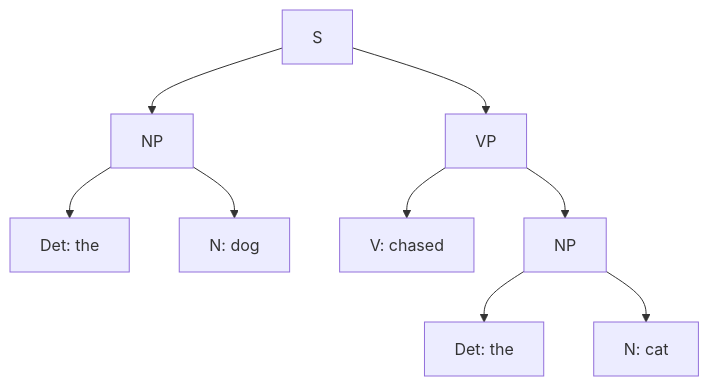
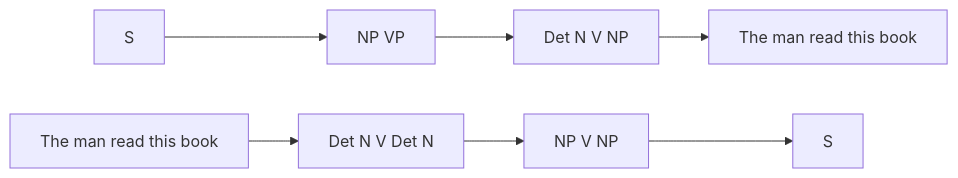
Before and after one commit to TrendySloth1001/sem-seven-notes: the diagram in content/natural-language-processing/pyq/2022-12-ce/q4c.hi.mdx, drawn with Mermaid. The commit also changed other lines of this file and 406 other files, not shown here.

````diff
--- a/content/natural-language-processing/pyq/2022-12-ce/q4c.hi.mdx
+++ b/content/natural-language-processing/pyq/2022-12-ce/q4c.hi.mdx
@@ -12,12 +23,6 @@
 ```mermaid
-%% caption: Example ka parse tree. Top-down ise S se neeche, bottom-up words se upar banata hai.
-flowchart TD
-  S["S"] --> NP1["NP"]
-  S --> VP["VP"]
-  NP1 --> D1["Det: the"]
-  NP1 --> N1["N: dog"]
-  VP --> V["V: chased"]
-  VP --> NP2["NP"]
-  NP2 --> D2["Det: the"]
-  NP2 --> N2["N: cat"]
+%% caption: Dono directions. Upar wali row S ko words tak failati hai; neeche wali row words ko S tak reduce karti hai.
+flowchart LR
+  A1["S"] --> A2["NP VP"] --> A3["Det N V NP"] --> A4["The man read this book"]
+  B1["The man read this book"] --> B2["Det N V Det N"] --> B3["NP V NP"] --> B4["S"]
 ```
````
